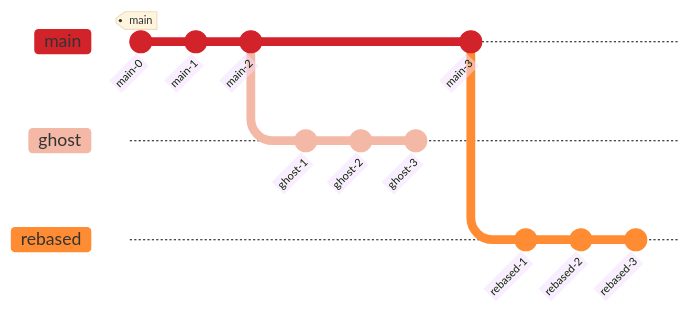
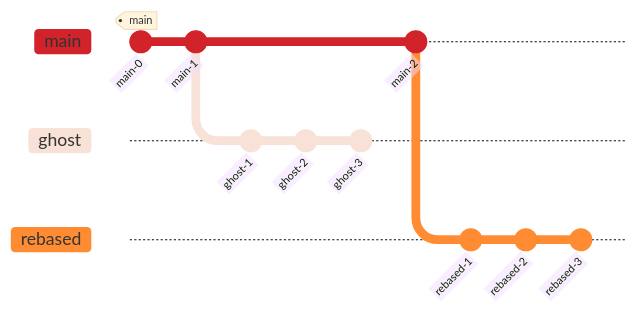
The second of 2 diagrams in docs/git-guide.md (AlexanderStephenThompson/learning-git-and-github), drawn with Mermaid before and after one commit.

Commit message:
docs: lighten ghosted rebase path

````diff
--- a/docs/git-guide.md
+++ b/docs/git-guide.md
@@ -175,33 +175,32 @@
 ```mermaid
 %%{init: {
   "theme": "base",
   "gitGraph": {
     "direction": "LR",
     "showCommitLabel": true,
     "rotateCommitLabel": true,
     "mainBranchName": "main"
   },
   "themeVariables": {
     "git0": "#d2222a",
-    "git1": "#f4b9a6",
+    "git1": "#f8e1d6",
     "git2": "#ff8c32"
   },
-  "themeCSS": ".branch.branch-1 path { stroke-opacity: 0.35; stroke-dasharray: 6 5; } .branch.branch-1 .commit circle { opacity: 0.45; } .branch.branch-1 text { fill: #b66f66; opacity: 0.6; } .branch.branch-2 path { stroke-width: 3px; } .branch.branch-2 text { font-weight: 700; } .commit .commit-label { font-size: 10px; }"
+  "themeCSS": ".branch.branch-1 path { stroke-opacity: 0.2; stroke-dasharray: 6 5; } .branch.branch-1 .commit circle { opacity: 0.25; } .branch.branch-1 text { fill: #c48f82; opacity: 0.4; } .branch.branch-2 path { stroke-width: 3px; } .branch.branch-2 text { font-weight: 700; } .commit .commit-label { font-size: 10px; }"
 } }%%
 gitGraph LR:
   commit id: "main-0" tag: "main"
   commit id: "main-1"
-  commit id: "main-2"
   branch ghost
   checkout ghost
   commit id: "ghost-1"
   commit id: "ghost-2"
   commit id: "ghost-3"
   checkout main
-  commit id: "main-3"
+  commit id: "main-2"
   branch rebased
   checkout rebased
   commit id: "rebased-1"
   commit id: "rebased-2"
   commit id: "rebased-3"
 ```
````
